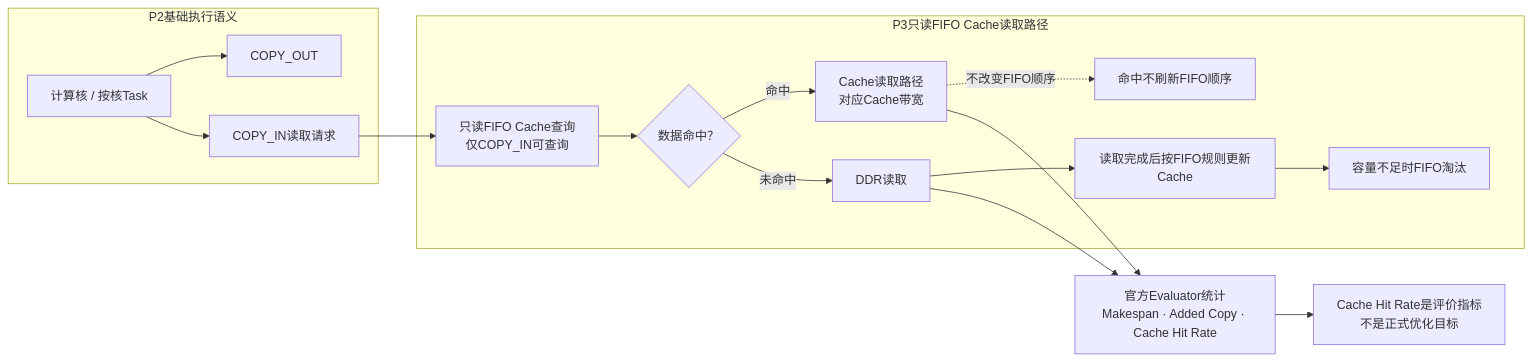
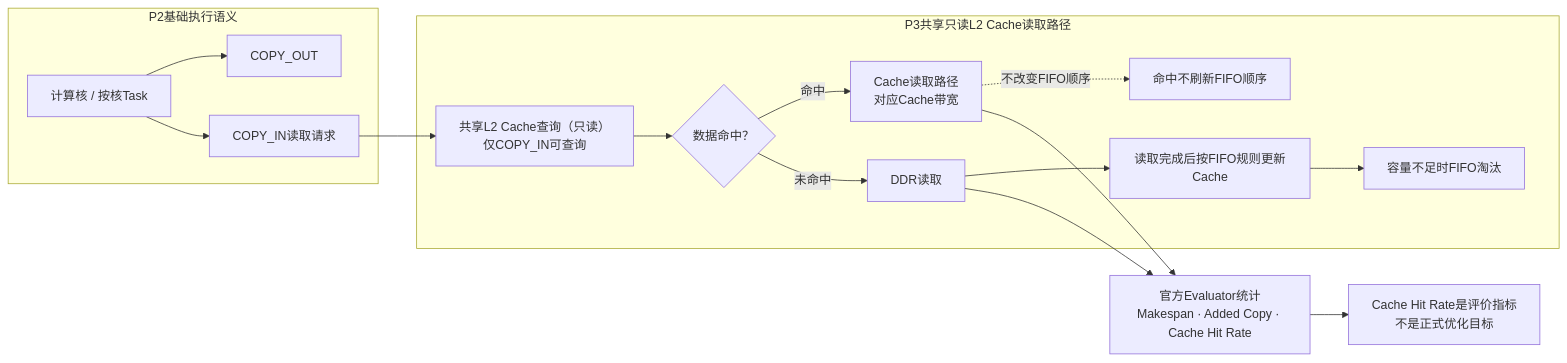
One commit to mumumumu-bit/problem_A changed the diagram in paper/figures_source/framework_D.mmd. Above: the diagram before and after it, drawn with Mermaid. The commit also changed 7 other files, not shown here.

```diff
--- a/paper/figures_source/framework_D.mmd
+++ b/paper/figures_source/framework_D.mmd
@@ -1,29 +1,29 @@
 flowchart LR
   subgraph BASE[P2基础执行语义]
     CORE[计算核 / 按核Task]
     COPYOUT[COPY_OUT]
     COPYIN[COPY_IN读取请求]
     CORE --> COPYOUT
     CORE --> COPYIN
   end
 
-  subgraph P3[P3只读FIFO Cache读取路径]
-    LOOKUP[只读FIFO Cache查询<br/>仅COPY_IN可查询]
+  subgraph P3[P3共享只读L2 Cache读取路径]
+    LOOKUP[共享L2 Cache查询（只读）<br/>仅COPY_IN可查询]
     HIT{数据命中？}
     CACHE[Cache读取路径<br/>对应Cache带宽]
     DDR[DDR读取]
     FILL[读取完成后按FIFO规则更新Cache]
     EVICT[容量不足时FIFO淘汰]
     ORDER[命中不刷新FIFO顺序]
     COPYIN --> LOOKUP --> HIT
     HIT -- 命中 --> CACHE
     HIT -- 未命中 --> DDR --> FILL
     FILL --> EVICT
     CACHE -.不改变FIFO顺序.-> ORDER
   end
 
   EVAL[官方Evaluator统计<br/>Makespan · Added Copy · Cache Hit Rate]
   NOTE[Cache Hit Rate是评价指标<br/>不是正式优化目标]
   CACHE --> EVAL
   DDR --> EVAL
   EVAL --> NOTE
```
